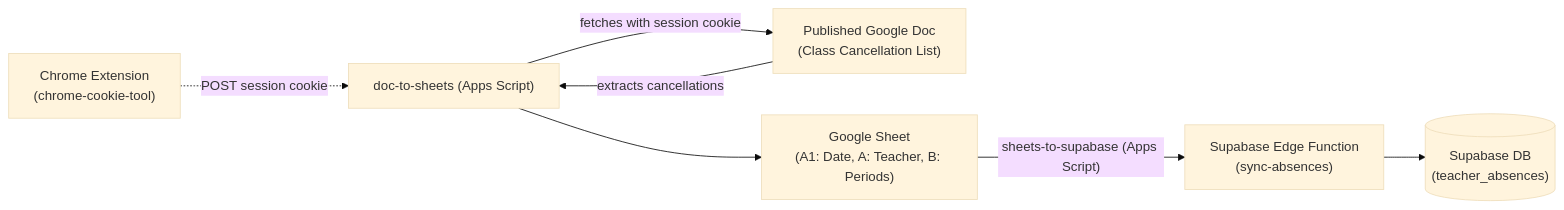
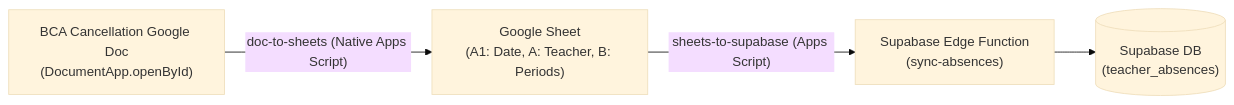
One commit to bcaway/absence-sync changed the diagram in README.md. Above: the diagram before and after it, drawn with Mermaid (base theme). The commit also changed other lines of this file and 2 other files, not shown here.

````diff
--- a/README.md
+++ b/README.md
@@ -7,15 +7,11 @@
 ```mermaid
 flowchart LR
-    Chrome["Chrome Extension<br/>(chrome-cookie-tool)"]
-    Doc["Published Google Doc<br/>(Class Cancellation List)"]
+    Doc["BCA Cancellation Google Doc<br/>(DocumentApp.openById)"]
     Sheet["Google Sheet<br/>(A1: Date, A: Teacher, B: Periods)"]
     Supabase["Supabase Edge Function<br/>(sync-absences)"]
     DB[("Supabase DB<br/>(teacher_absences)")]
 
-    Chrome -.->|"POST session cookie"| GAS["doc-to-sheets (Apps Script)"]
-    GAS -->|"fetches with session cookie"| Doc
-    Doc -->|"extracts cancellations"| GAS
-    GAS --> Sheet
+    Doc -->|"doc-to-sheets (Native Apps Script)"| Sheet
     Sheet -->|"sheets-to-supabase (Apps Script)"| Supabase
     Supabase --> DB
 ```
````
